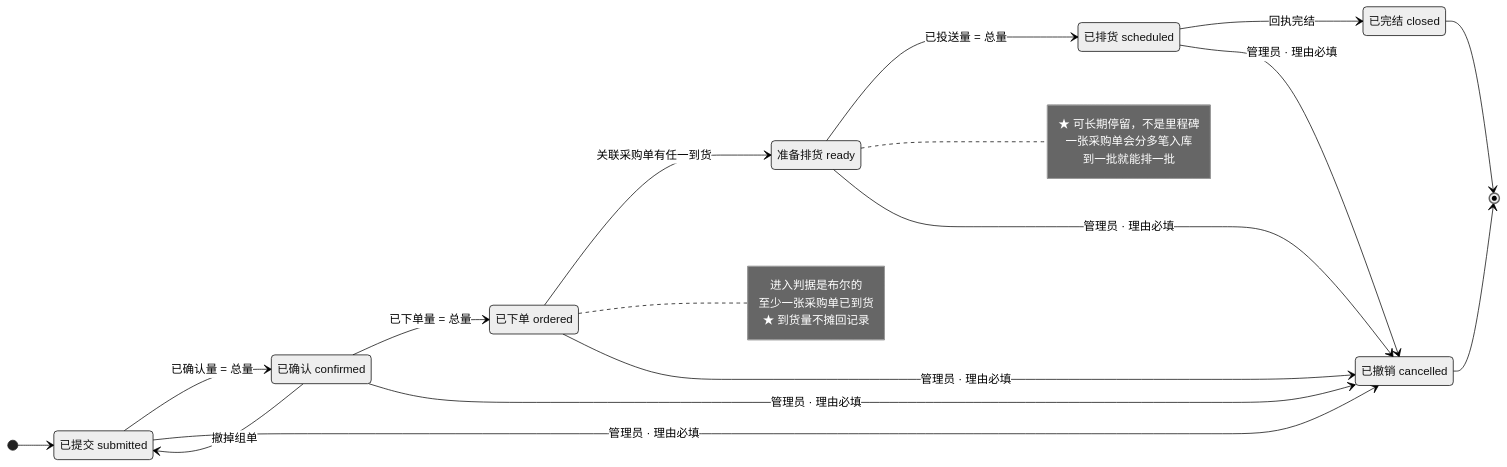
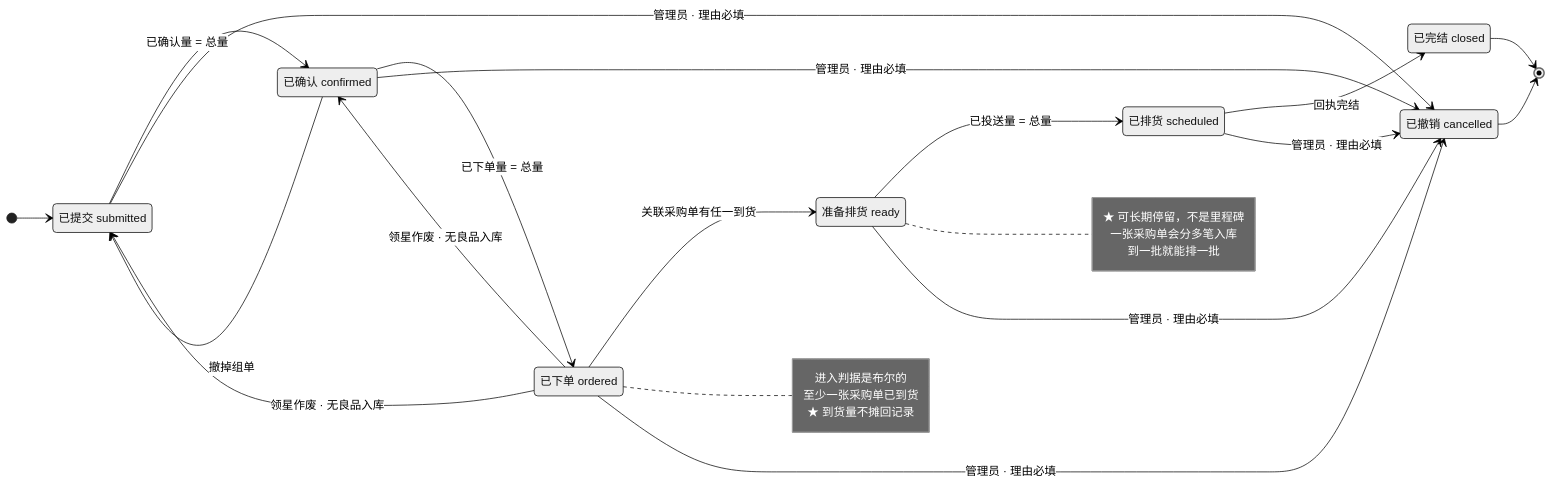
One commit to DuoWeiTree/service_supplychain changed the first of 3 diagrams in docs/04-状态流转.md. Above: the diagram before and after it, drawn with Mermaid (neutral theme). The commit also changed other lines of this file and 10 other files, not shown here.

````diff
--- a/docs/04-状态流转.md
+++ b/docs/04-状态流转.md
@@ -146,41 +154,43 @@
 ```mermaid
 stateDiagram-v2
     direction LR
     state "已提交 submitted" as submitted
     state "已确认 confirmed" as confirmed
     state "已下单 ordered" as ordered
     state "准备排货 ready" as ready
     state "已排货 scheduled" as scheduled
     state "已完结 closed" as closed
     state "已撤销 cancelled" as cancelled
     [*] --> submitted
 
     submitted --> confirmed : 已确认量 = 总量
     confirmed --> ordered : 已下单量 = 总量
     ordered --> ready : 关联采购单有任一到货
     ready --> scheduled : 已投送量 = 总量
     scheduled --> closed : 回执完结
 
     confirmed --> submitted : 撤掉组单
+    ordered --> confirmed : 领星作废 · 无良品入库
+    ordered --> submitted : 领星作废 · 无良品入库
 
     note right of ready
         ★ 可长期停留，不是里程碑
         一张采购单会分多笔入库
         到一批就能排一批
     end note
 
     note right of ordered
         进入判据是布尔的
         至少一张采购单已到货
         ★ 到货量不摊回记录
     end note
 
     submitted --> cancelled : 管理员 · 理由必填
     confirmed --> cancelled : 管理员 · 理由必填
     ordered --> cancelled : 管理员 · 理由必填
     ready --> cancelled : 管理员 · 理由必填
     scheduled --> cancelled : 管理员 · 理由必填
 
     closed --> [*]
     cancelled --> [*]
 ```
````
